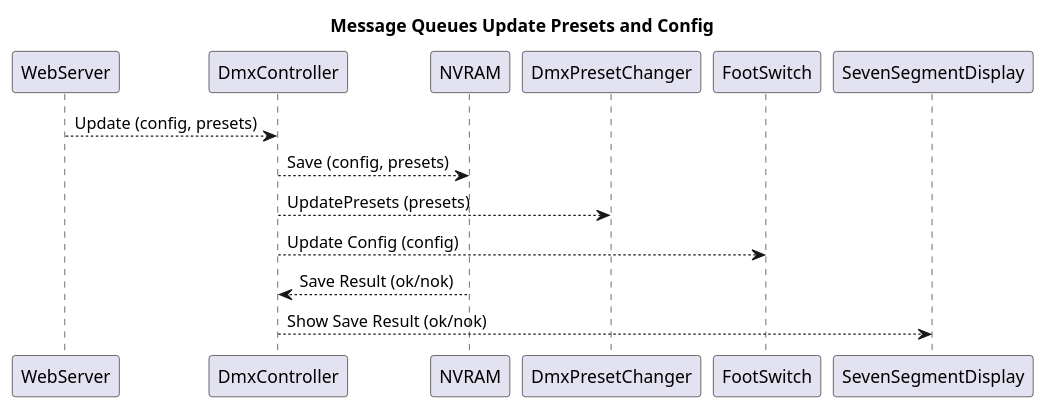
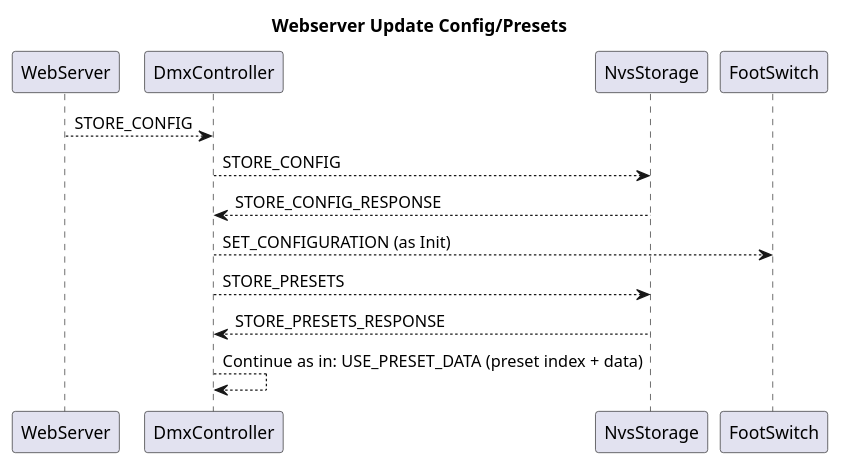
The fourth of 7 diagrams in Documentation/ClassDiagrams.puml (michelkeijzers/Esp32DmxController), drawn with PlantUML before and after one commit. The commit also changed other lines of this file and 31 other files, not shown here.

```diff
--- a/Documentation/ClassDiagrams.puml
+++ b/Documentation/ClassDiagrams.puml
@@ -108,12 +108,14 @@
 @startuml
 
-title Message Queues Update Presets and Config
+title Webserver Update Config/Presets
 
-WebServer --> DmxController : Update (config, presets)
-DmxController --> NVRAM : Save (config, presets)
-DmxController --> DmxPresetChanger : UpdatePresets (presets)
-DmxController --> FootSwitch : Update Config (config)
-NVRAM --> DmxController : Save Result (ok/nok)
-DmxController --> SevenSegmentDisplay : Show Save Result (ok/nok)
+WebServer --> DmxController : STORE_CONFIG
+DmxController --> NvsStorage : STORE_CONFIG
+NvsStorage --> DmxController : STORE_CONFIG_RESPONSE
+DmxController --> FootSwitch : SET_CONFIGURATION (as Init)
+DmxController --> NvsStorage : STORE_PRESETS
+NvsStorage --> DmxController : STORE_PRESETS_RESPONSE
+DmxController --> DmxController : Continue as in: USE_PRESET_DATA (preset index + data) 
+
 
 @enduml
```
